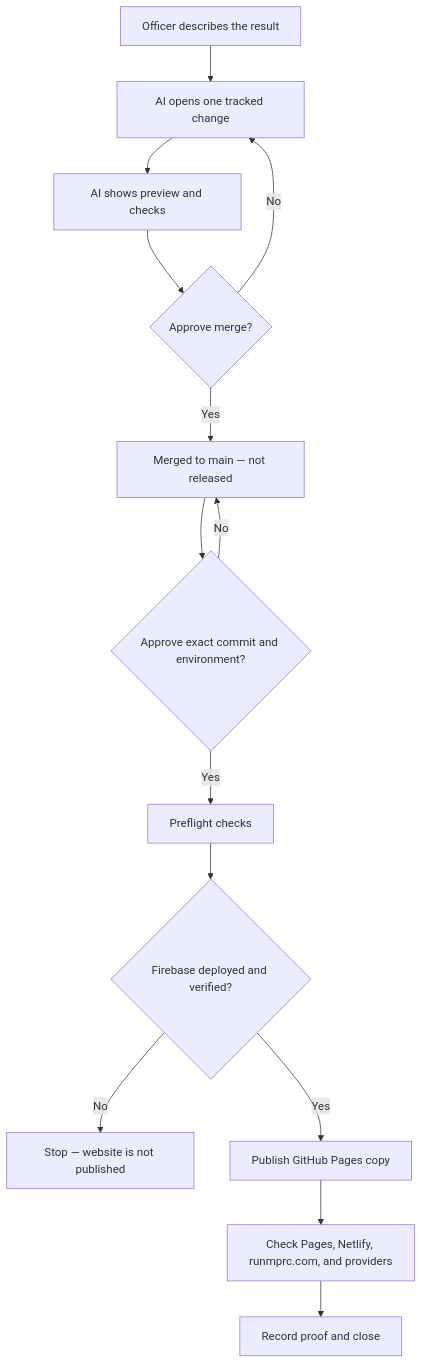
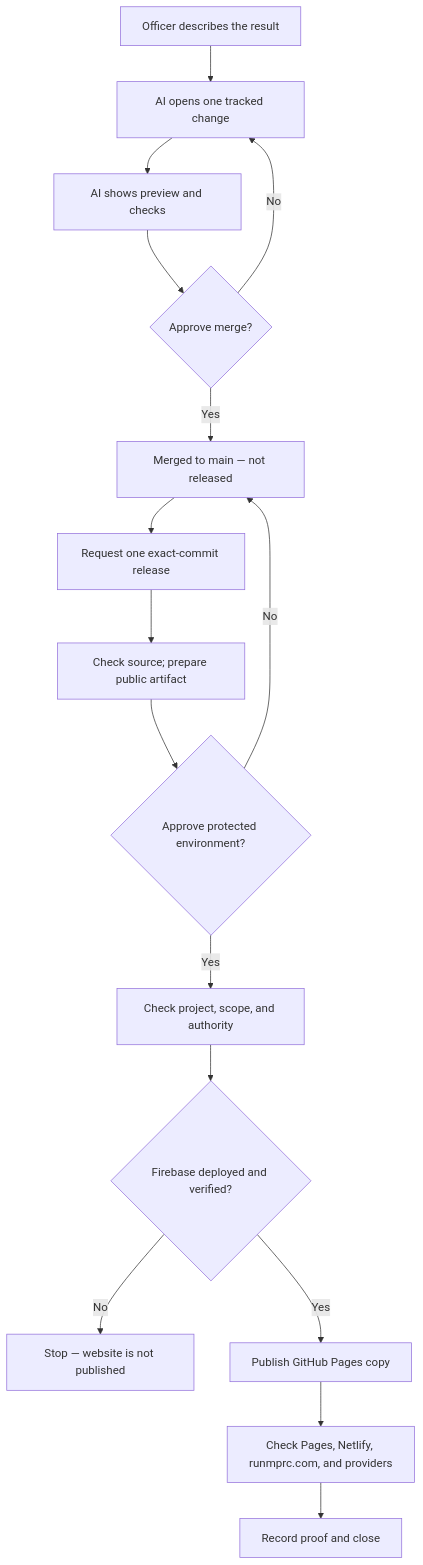
One commit to Run-MPRC/Run-MPRC.github.io changed the diagram in docs/officers/README.md. Above: the diagram before and after it, drawn with Mermaid. The commit also changed other lines of this file and 5 other files, not shown here.

````diff
--- a/docs/officers/README.md
+++ b/docs/officers/README.md
@@ -9,16 +9,18 @@
 ```mermaid
 flowchart TD
     A["Officer describes the result"] --> B["AI opens one tracked change"]
     B --> C["AI shows preview and checks"]
     C --> D{"Approve merge?"}
     D -- "No" --> B
     D -- "Yes" --> E["Merged to main — not released"]
-    E --> R{"Approve exact commit and environment?"}
+    E --> Q["Request one exact-commit release"]
+    Q --> P["Check source; prepare public artifact"]
+    P --> R{"Approve protected environment?"}
     R -- "No" --> E
-    R -- "Yes" --> P["Preflight checks"]
-    P --> H{"Firebase deployed and verified?"}
+    R -- "Yes" --> V["Check project, scope, and authority"]
+    V --> H{"Firebase deployed and verified?"}
     H -- "No" --> S["Stop — website is not published"]
     H -- "Yes" --> W["Publish GitHub Pages copy"]
     W --> F["Check Pages, Netlify, runmprc.com, and providers"]
     F --> G["Record proof and close"]
 ```
````
